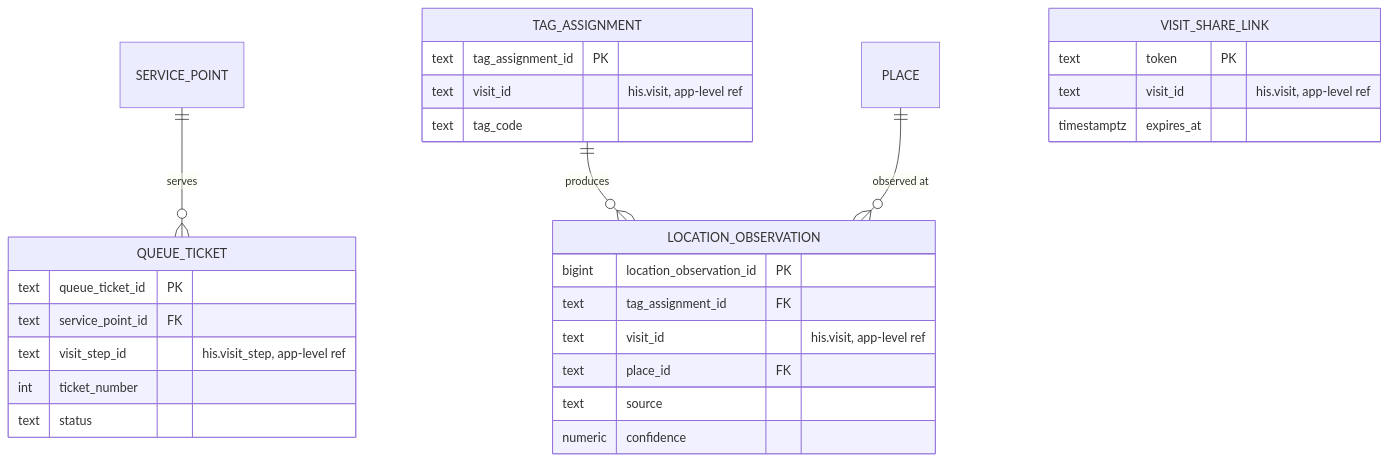
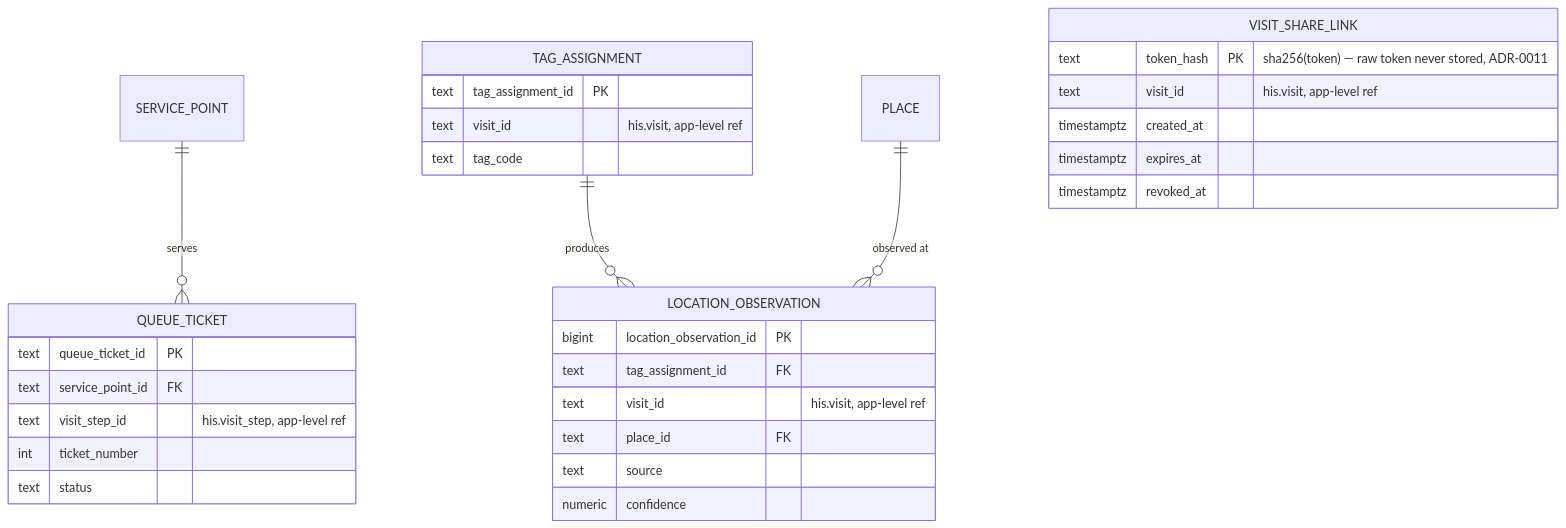
Before and after one commit to somprasongd/carepath: the fifth of 6 diagrams in docs/deliverables/02-er-diagram-database.md, drawn with Mermaid. The commit also changed other lines of this file and 15 other files, not shown here.

````diff
--- a/docs/deliverables/02-er-diagram-database.md
+++ b/docs/deliverables/02-er-diagram-database.md
@@ -233,32 +233,34 @@
 ```mermaid
 erDiagram
     SERVICE_POINT ||--o{ QUEUE_TICKET : serves
     TAG_ASSIGNMENT ||--o{ LOCATION_OBSERVATION : produces
     PLACE ||--o{ LOCATION_OBSERVATION : "observed at"
 
     QUEUE_TICKET {
         text queue_ticket_id PK
         text service_point_id FK
         text visit_step_id "his.visit_step, app-level ref"
         int ticket_number
         text status
     }
     TAG_ASSIGNMENT {
         text tag_assignment_id PK
         text visit_id "his.visit, app-level ref"
         text tag_code
     }
     LOCATION_OBSERVATION {
         bigint location_observation_id PK
         text tag_assignment_id FK
         text visit_id "his.visit, app-level ref"
         text place_id FK
         text source
         numeric confidence
     }
     VISIT_SHARE_LINK {
-        text token PK
+        text token_hash PK "sha256(token) — raw token never stored, ADR-0011"
         text visit_id "his.visit, app-level ref"
+        timestamptz created_at
         timestamptz expires_at
+        timestamptz revoked_at
     }
 ```
````
